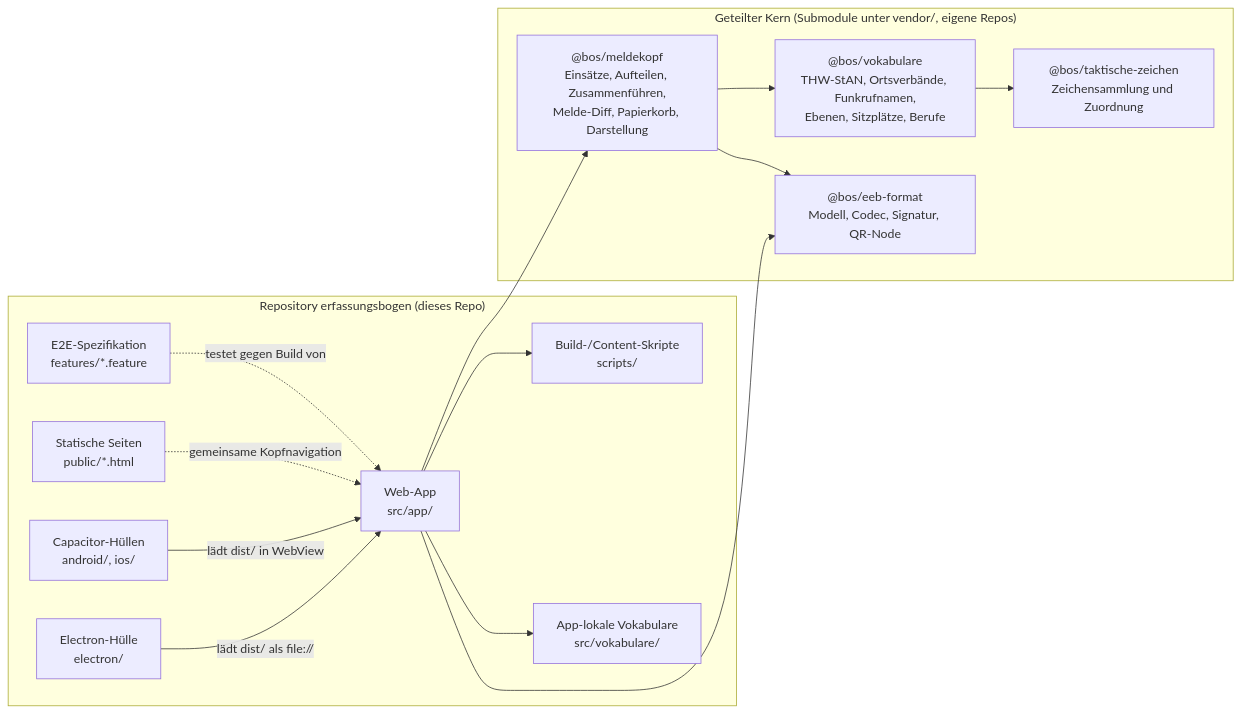
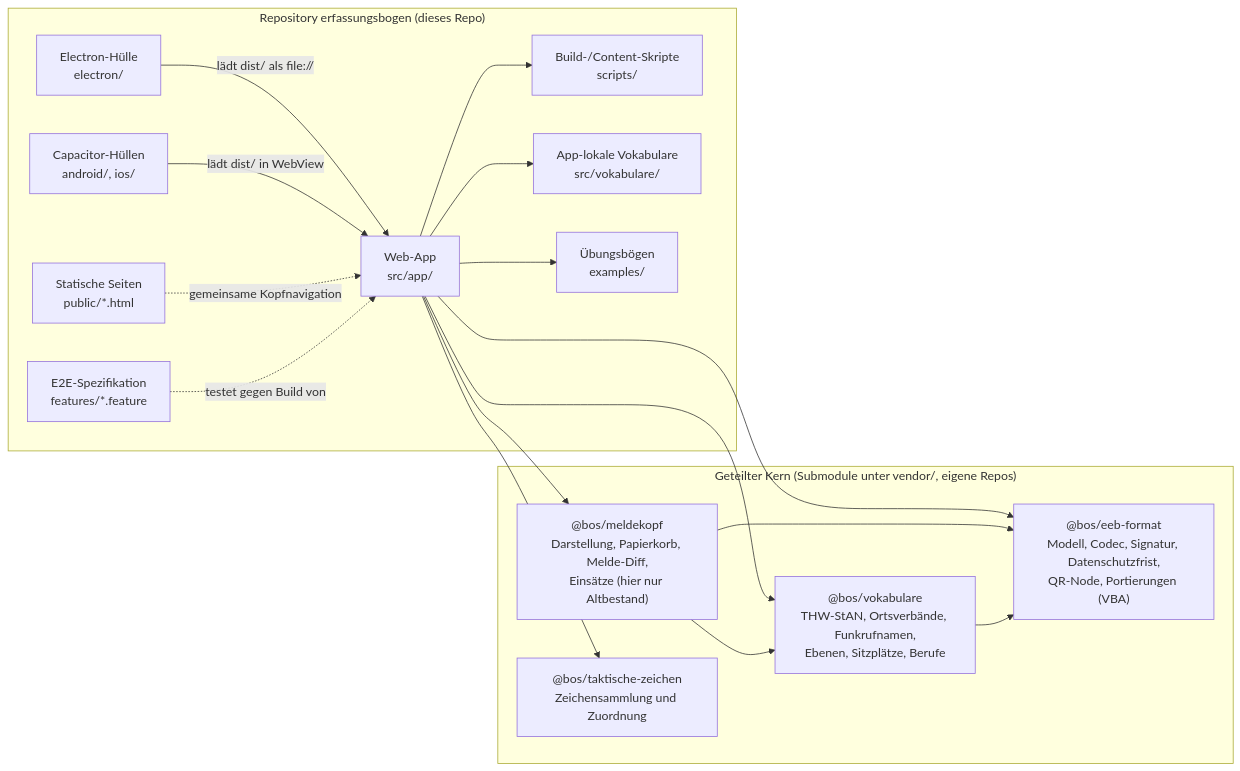
Before and after one commit to wattnpapa/erfassungsbogen: the third of 12 diagrams in docs/arc42-architektur.md, drawn with Mermaid. The commit also changed other lines of this file, not shown here.

First line of the commit message:
Arc42: Änderungsvermerke in den Text einarbeiten, nur noch Ist-Stand

````diff
--- a/docs/arc42-architektur.md
+++ b/docs/arc42-architektur.md
@@ -1132,30 +510,34 @@
 ```mermaid
 flowchart LR
   subgraph Repo ["Repository erfassungsbogen (dieses Repo)"]
     Electron["Electron-Hülle<br/>electron/"]
     Capacitor["Capacitor-Hüllen<br/>android/, ios/"]
     Statisch["Statische Seiten<br/>public/*.html"]
     E2E["E2E-Spezifikation<br/>features/*.feature"]
     WebApp["Web-App<br/>src/app/"]
     Skripte["Build-/Content-Skripte<br/>scripts/"]
     Vok["App-lokale Vokabulare<br/>src/vokabulare/"]
+    Beispiele["Übungsbögen<br/>examples/"]
   end
   subgraph Kern ["Geteilter Kern (Submodule unter vendor/, eigene Repos)"]
-    Meldekopf["@bos/meldekopf<br/>Einsätze, Aufteilen, Zusammenführen,<br/>Melde-Diff, Papierkorb, Darstellung"]
+    Meldekopf["@bos/meldekopf<br/>Darstellung, Papierkorb, Melde-Diff,<br/>Einsätze (hier nur Altbestand)"]
     Vokabulare["@bos/vokabulare<br/>THW-StAN, Ortsverbände, Funkrufnamen,<br/>Ebenen, Sitzplätze, Berufe"]
     Zeichen["@bos/taktische-zeichen<br/>Zeichensammlung und Zuordnung"]
-    Format["@bos/eeb-format<br/>Modell, Codec, Signatur, QR-Node"]
+    Format["@bos/eeb-format<br/>Modell, Codec, Signatur, Datenschutzfrist,<br/>QR-Node, Portierungen (VBA)"]
   end
 
   Electron -->|"lädt dist/ als file://"| WebApp
   Capacitor -->|"lädt dist/ in WebView"| WebApp
   Statisch -.->|"gemeinsame Kopfnavigation"| WebApp
   E2E -.->|"testet gegen Build von"| WebApp
   WebApp --> Skripte
   WebApp --> Vok
+  WebApp --> Beispiele
   WebApp --> Meldekopf
   WebApp --> Format
+  WebApp --> Vokabulare
+  WebApp --> Zeichen
   Meldekopf --> Vokabulare
   Meldekopf --> Format
-  Vokabulare --> Zeichen
+  Vokabulare --> Format
 ```
````
